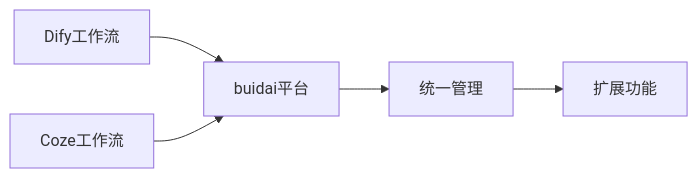
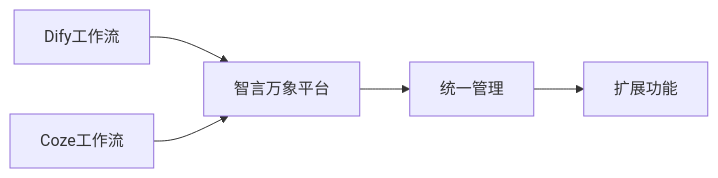
The sixth of 7 diagrams in .qoder/repowiki/zh/content/核心功能/行业场景解决方案/Dify与扣子工作流导入/Dify与扣子工作流导入.md (lllyyysss77/buidai), drawn with Mermaid before and after one commit. The commit also changed other lines of this file and 163 other files, not shown here.

````diff
--- a/.qoder/repowiki/zh/content/核心功能/行业场景解决方案/Dify与扣子工作流导入/Dify与扣子工作流导入.md
+++ b/.qoder/repowiki/zh/content/核心功能/行业场景解决方案/Dify与扣子工作流导入/Dify与扣子工作流导入.md
@@ -164,7 +164,7 @@
 ```mermaid
 flowchart LR
-A[Dify工作流] --> C[buidai平台]
-B[Coze工作流] --> C[buidai平台]
+A[Dify工作流] --> C[智言万象平台]
+B[Coze工作流] --> C[智言万象平台]
 C --> D[统一管理]
 D --> E[扩展功能]
 ```
````
